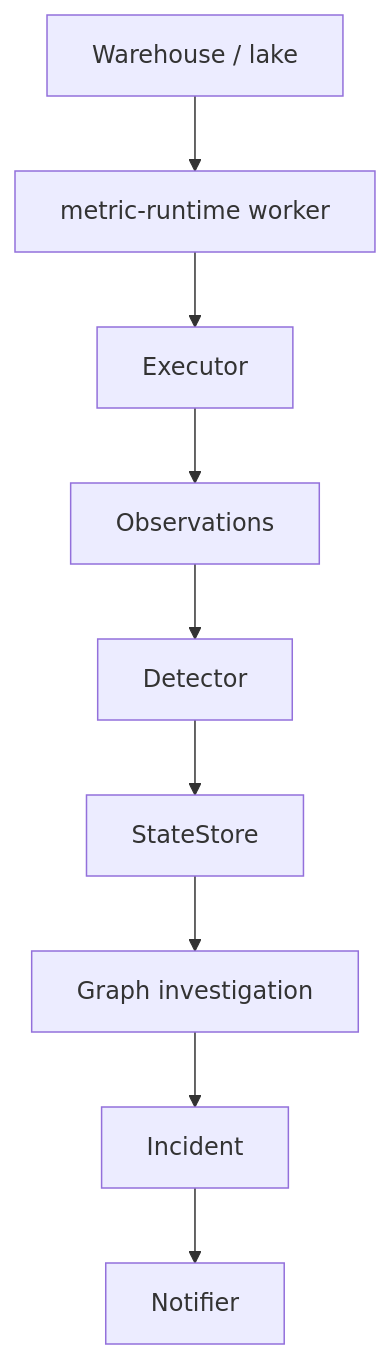
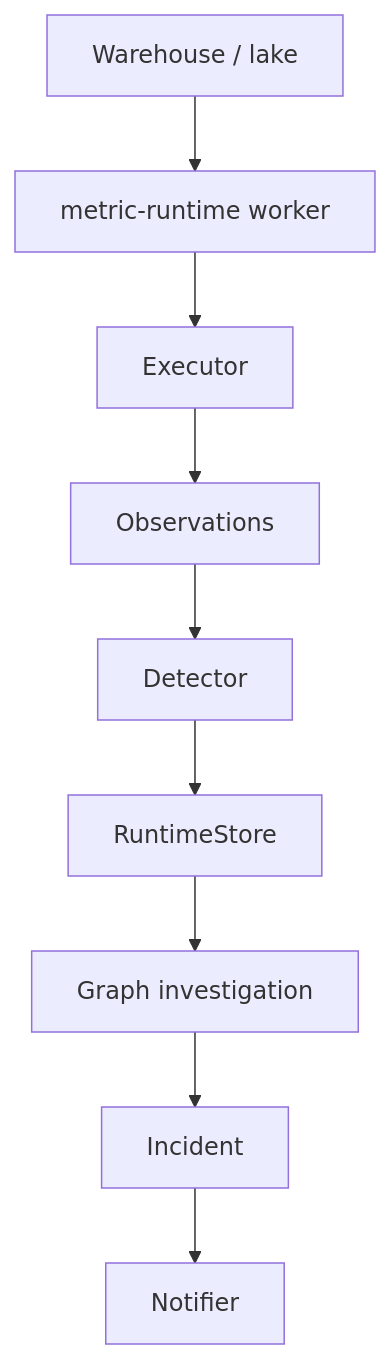
One commit to data-foundry-ch/metric-runtime changed the diagram in docs/architecture.md. Above: the diagram before and after it, drawn with Mermaid. The commit also changed other lines of this file and 88 other files, not shown here.

````diff
--- a/docs/architecture.md
+++ b/docs/architecture.md
@@ -236,11 +298,11 @@
 ```mermaid
 flowchart TD
   WH[Warehouse / lake] --> W[metric-runtime worker]
   W --> E[Executor]
   E --> O[Observations]
   O --> D[Detector]
-  D --> S[StateStore]
+  D --> S[RuntimeStore]
   S --> G[Graph investigation]
   G --> I[Incident]
   I --> N[Notifier]
 ```
````
